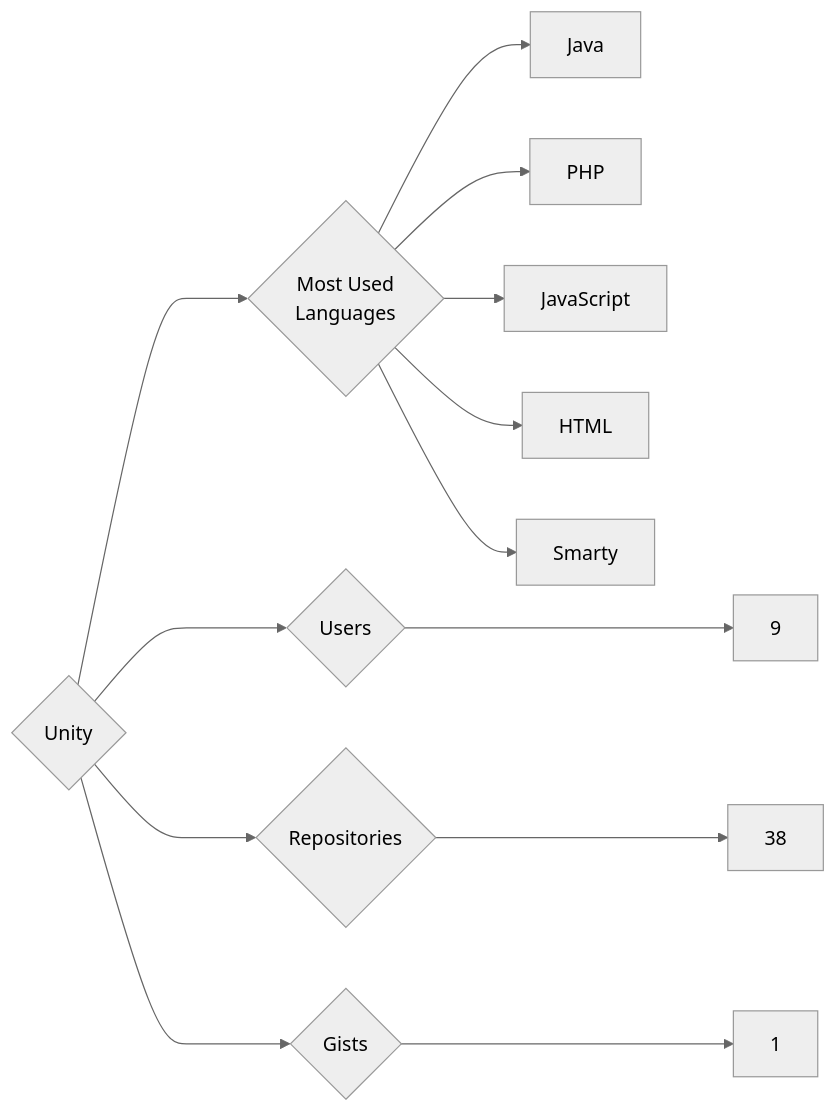
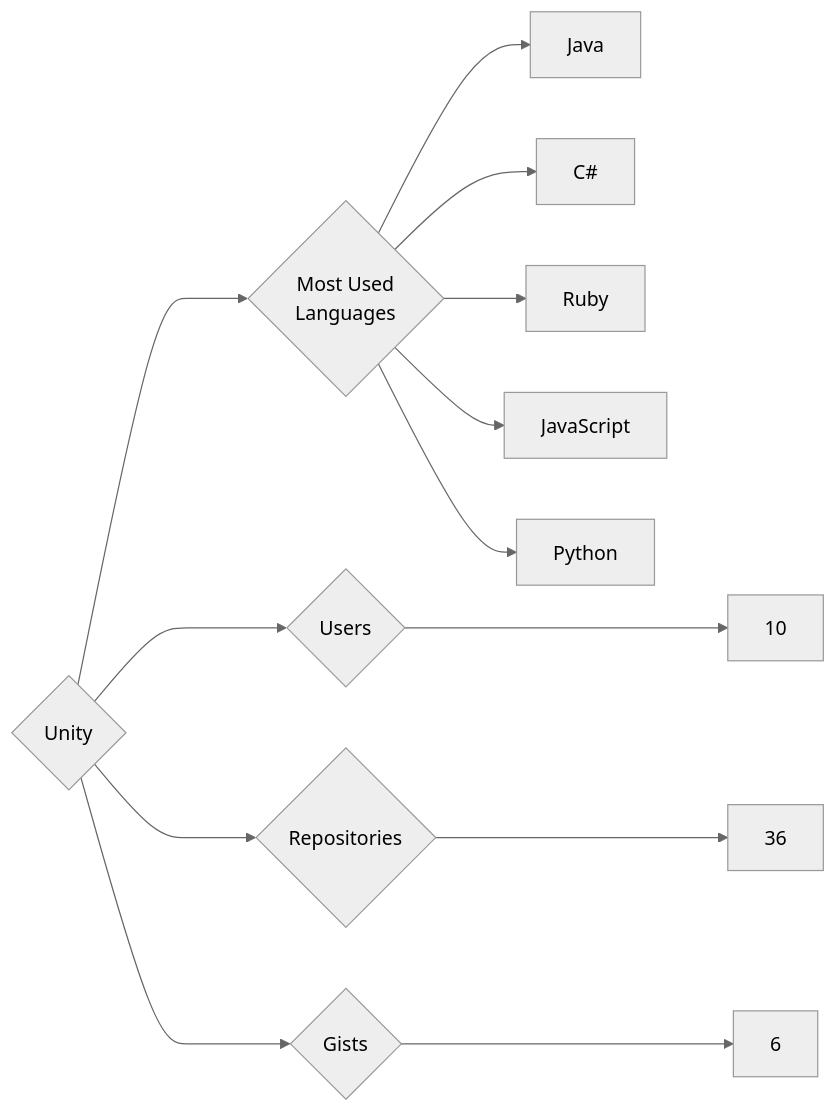
The diagram in targets/Unity/README.md (trickest/insiders), drawn with Mermaid (neutral theme) before and after one commit. The commit also changed 1508 other files, not shown here.

````diff
--- a/targets/Unity/README.md
+++ b/targets/Unity/README.md
@@ -3,13 +3,13 @@
 ```mermaid
 graph LR
 COMPANY_NAME{Unity}
-COMPANY_NAME ---> U{Users} ---> UN[9]
-COMPANY_NAME ---> R{Repositories} ---> RN[38]
-COMPANY_NAME ---> G{Gists} ---> GN[1]
+COMPANY_NAME ---> U{Users} ---> UN[10]
+COMPANY_NAME ---> R{Repositories} ---> RN[36]
+COMPANY_NAME ---> G{Gists} ---> GN[6]
 COMPANY_NAME ---> ML{Most Used<br>Languages}
 ML --> Java[Java]
-ML --> PHP[PHP]
+ML --> C#[C#]
+ML --> Ruby[Ruby]
 ML --> JavaScript[JavaScript]
-ML --> HTML[HTML]
-ML --> Smarty[Smarty]
+ML --> Python[Python]
 ```
````
